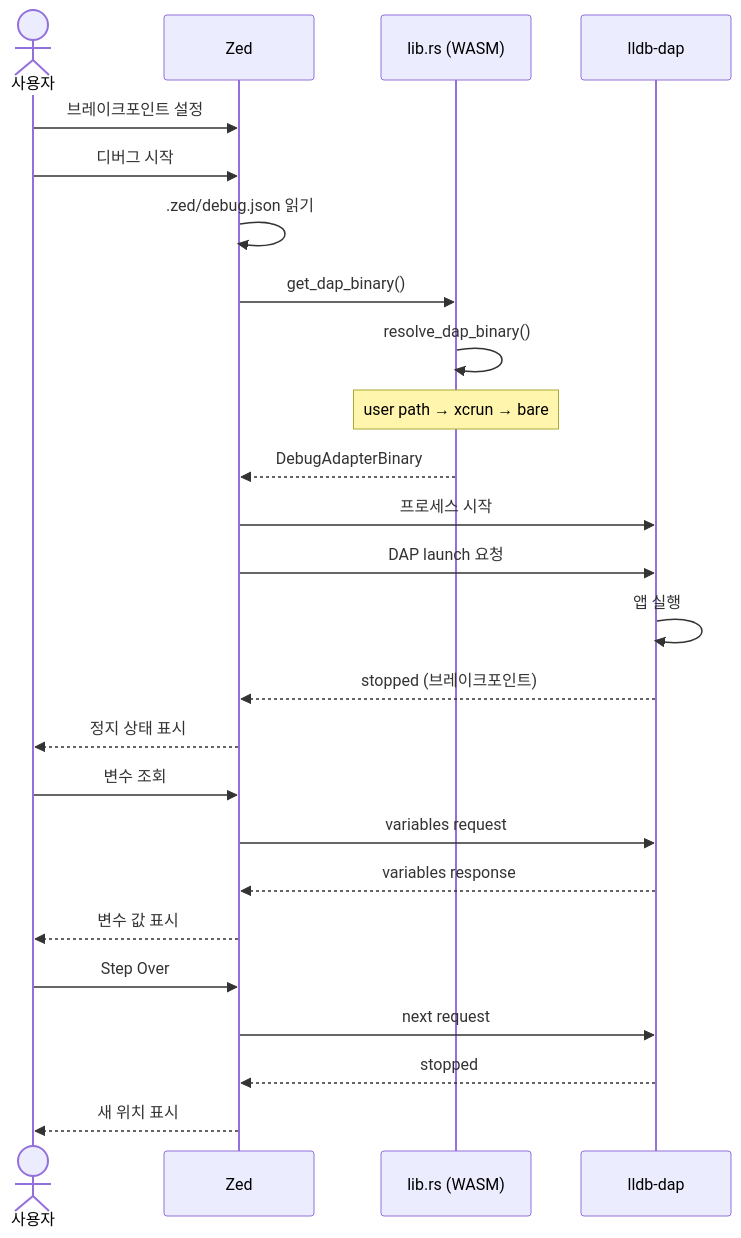
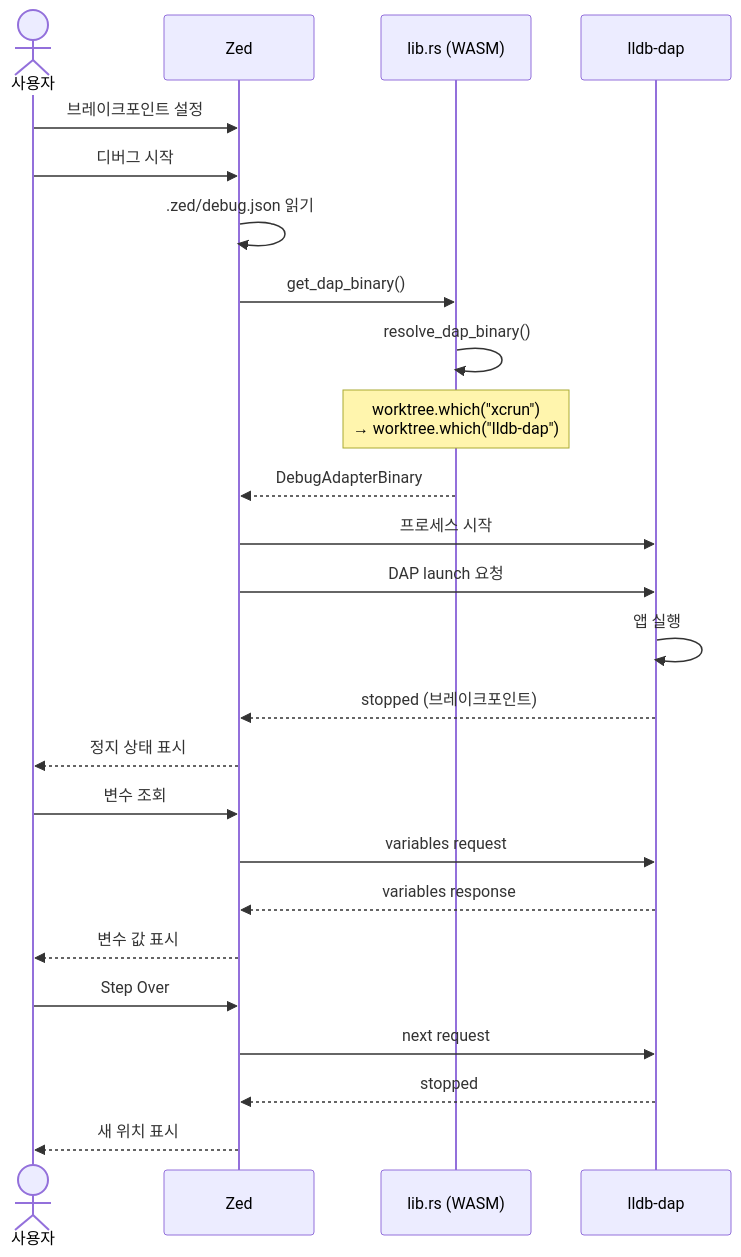
One commit to 10000DOO/Alternative-Xcode changed the third of 11 diagrams in docs/architecture.md. Above: the diagram before and after it, drawn with Mermaid. The commit also changed other lines of this file and 2 other files, not shown here.

First line of the commit message:
fix: correct DAP types, use worktree.which(), bundle helpers.sh

````diff
--- a/docs/architecture.md
+++ b/docs/architecture.md
@@ -100,33 +106,33 @@
 ```mermaid
 sequenceDiagram
     actor User as 사용자
     participant Zed
     participant WASM as lib.rs (WASM)
     participant LLDB as lldb-dap
 
     User->>Zed: 브레이크포인트 설정
     User->>Zed: 디버그 시작
 
     Zed->>Zed: .zed/debug.json 읽기
     Zed->>WASM: get_dap_binary()
     WASM->>WASM: resolve_dap_binary()
-    Note over WASM: user path → xcrun → bare
+    Note over WASM: worktree.which("xcrun")<br/>→ worktree.which("lldb-dap")
     WASM-->>Zed: DebugAdapterBinary
 
     Zed->>LLDB: 프로세스 시작
     Zed->>LLDB: DAP launch 요청
     LLDB->>LLDB: 앱 실행
 
     LLDB-->>Zed: stopped (브레이크포인트)
     Zed-->>User: 정지 상태 표시
 
     User->>Zed: 변수 조회
     Zed->>LLDB: variables request
     LLDB-->>Zed: variables response
     Zed-->>User: 변수 값 표시
 
     User->>Zed: Step Over
     Zed->>LLDB: next request
     LLDB-->>Zed: stopped
     Zed-->>User: 새 위치 표시
 ```
````
